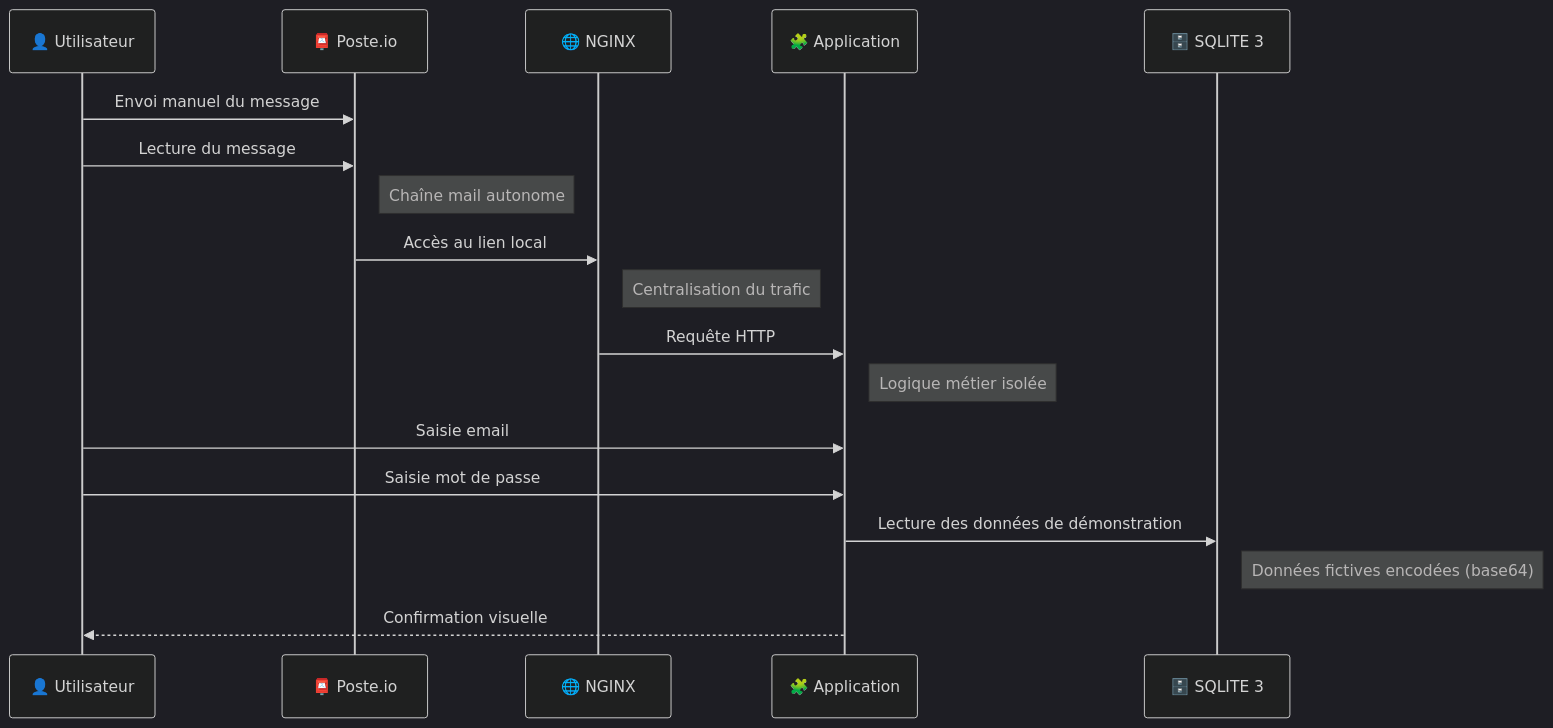
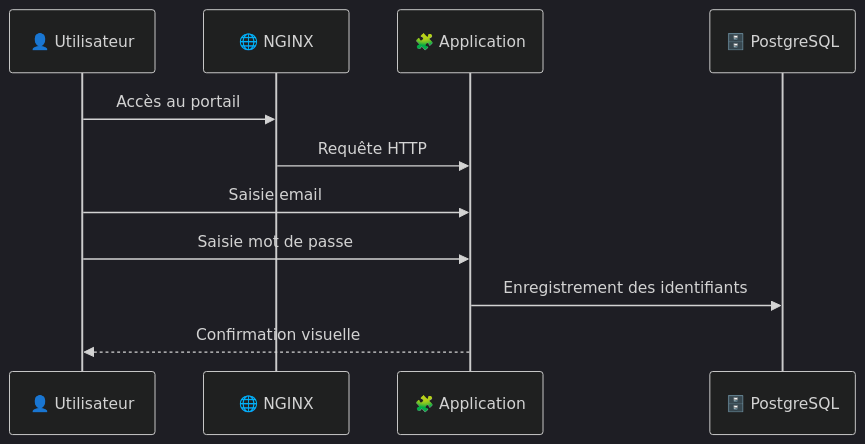
The second of 2 diagrams in README.md (Alidrix/L_ATELIER), drawn with Mermaid (dark theme) before and after one commit. The commit also changed other lines of this file and 6 other files, not shown here.

````diff
--- a/README.md
+++ b/README.md
@@ -29,21 +24,14 @@
 ```mermaid
 sequenceDiagram
   participant U as 👤 Utilisateur
-  participant M as 📮 Poste.io
   participant N as 🌐 NGINX
   participant A as 🧩 Application
-  participant D as 🗄️ SQLITE 3
+  participant D as 🗄️ PostgreSQL
 
-  U->>M: Envoi manuel du message
-  U->>M: Lecture du message
-  Note right of M: Chaîne mail autonome
-  M->>N: Accès au lien local
-  Note right of N: Centralisation du trafic
+  U->>N: Accès au portail
   N->>A: Requête HTTP
-  Note right of A: Logique métier isolée
   U->>A: Saisie email
   U->>A: Saisie mot de passe
-  A->>D: Lecture des données de démonstration
-  Note right of D: Données fictives encodées (base64)
+  A->>D: Enregistrement des identifiants
   A-->>U: Confirmation visuelle
 ```
````
